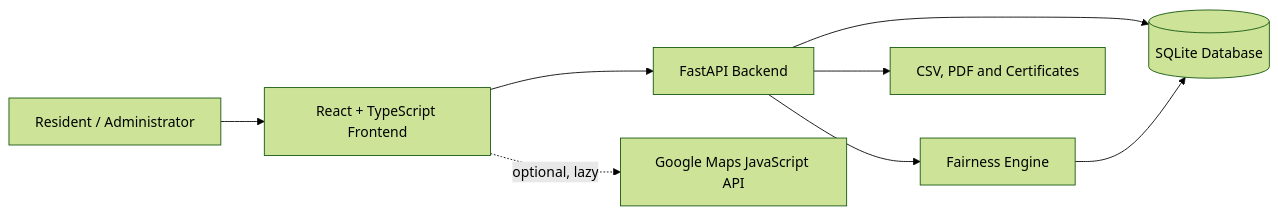
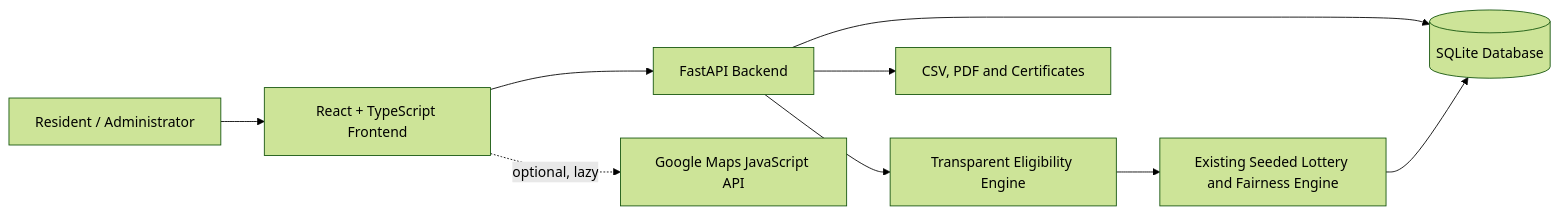
The first of 4 diagrams in docs/ARCHITECTURE.md (nvedant1604-ux/FairRoom), drawn with Mermaid (forest theme) before and after one commit. The commit also changed other lines of this file and 32 other files, not shown here.

Commit message:
Add advanced eligibility criteria engine

````diff
--- a/docs/ARCHITECTURE.md
+++ b/docs/ARCHITECTURE.md
@@ -22,10 +23,11 @@
 ```mermaid
 flowchart LR
   U[Resident / Administrator] --> F[React + TypeScript Frontend]
   F --> A[FastAPI Backend]
   F -. optional, lazy .-> G[Google Maps JavaScript API]
-  A --> E[Fairness Engine]
+  A --> P[Transparent Eligibility Engine]
+  P --> E[Existing Seeded Lottery and Fairness Engine]
   A --> D[(SQLite Database)]
   E --> D
   A --> R[CSV, PDF and Certificates]
 ```
````
